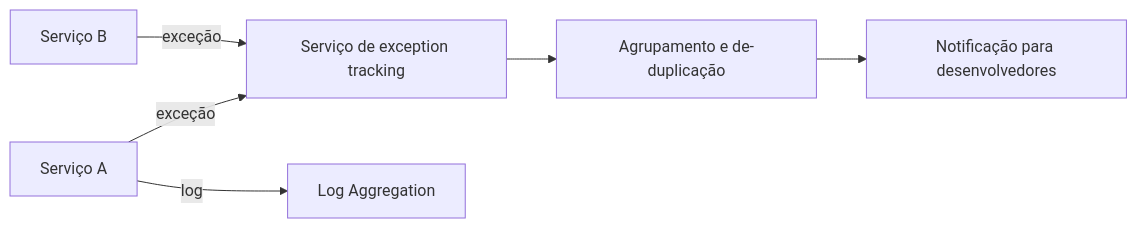
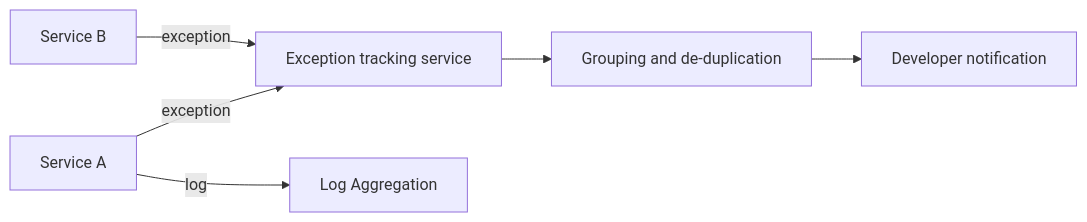
The diagram in docs/architecture/microservices/observability/exception-tracking.md (alancesar/design-patterns), drawn with Mermaid before and after one commit. The commit also changed 258 other files, not shown here.

First line of the commit message:
Translate Mermaid diagrams to English

````diff
--- a/docs/architecture/microservices/observability/exception-tracking.md
+++ b/docs/architecture/microservices/observability/exception-tracking.md
@@ -50,8 +50,8 @@
 ```mermaid
 flowchart LR
-    S1["Serviço A"] -->|"exceção"| E["Serviço de exception tracking"]
-    S2["Serviço B"] -->|"exceção"| E
+    S1["Service A"] -->|"exception"| E["Exception tracking service"]
+    S2["Service B"] -->|"exception"| E
     S1 -->|"log"| L["Log Aggregation"]
-    E --> G["Agrupamento e de-duplicação"]
-    G --> N["Notificação para desenvolvedores"]
+    E --> G["Grouping and de-duplication"]
+    G --> N["Developer notification"]
 ```
````
